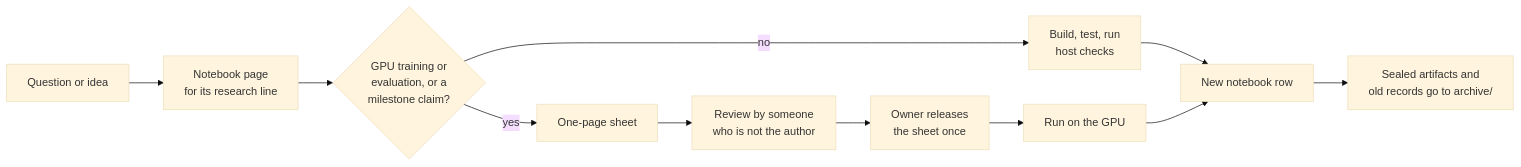
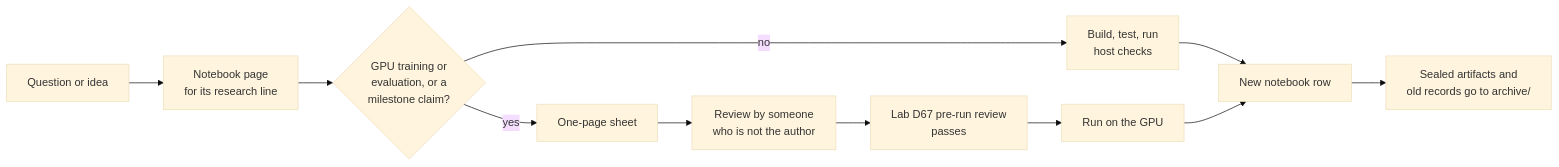
One commit to UOR-Foundation/uor-r4 changed the diagram in docs/research/README.md. Above: the diagram before and after it, drawn with Mermaid (base theme). The commit also changed other lines of this file and 145 other files, not shown here.

````diff
--- a/docs/research/README.md
+++ b/docs/research/README.md
@@ -5,13 +5,13 @@
 ```mermaid
 flowchart LR
   A["Question or idea"] --> B["Notebook page<br/>for its research line"]
   B --> C{"GPU training or<br/>evaluation, or a<br/>milestone claim?"}
   C -- no --> D["Build, test, run<br/>host checks"]
   C -- yes --> E["One-page sheet"]
   E --> F["Review by someone<br/>who is not the author"]
-  F --> G["Owner releases<br/>the sheet once"]
+  F --> G["Lab D67 pre-run review<br/>passes"]
   G --> H["Run on the GPU"]
   D --> I["New notebook row"]
   H --> I
   I --> J["Sealed artifacts and<br/>old records go to archive/"]
 ```
````
